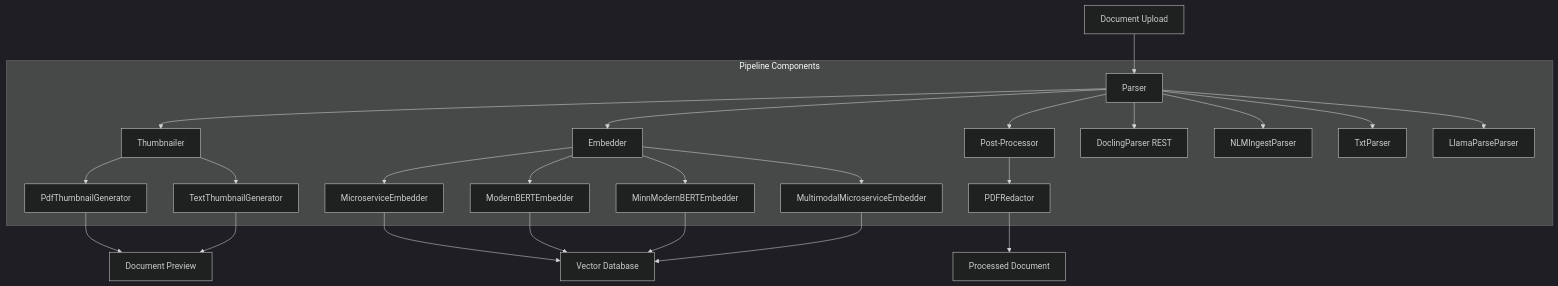
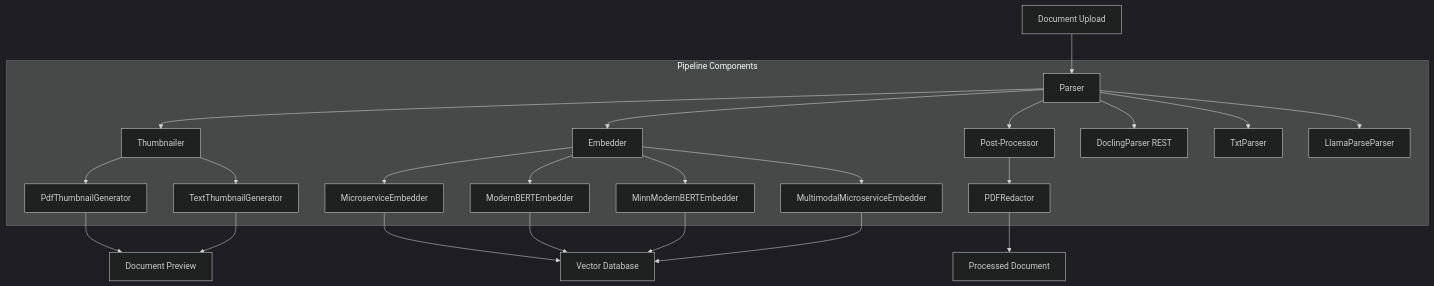
The first of 2 diagrams in docs/pipelines/pipeline_overview.md (baichuanping/OpenContracts), drawn with Mermaid (dark theme) before and after one commit. The commit also changed other lines of this file and 18 other files, not shown here.

First line of the commit message:
Remove NLM Ingest parser in favor of Docling/LlamaParse

````diff
--- a/docs/pipelines/pipeline_overview.md
+++ b/docs/pipelines/pipeline_overview.md
@@ -15,32 +15,31 @@
 ```mermaid
 graph TD
     A[Document Upload] --> B[Parser]
     B --> C[Thumbnailer]
     B --> D[Embedder]
     B --> PP[Post-Processor]
 
     subgraph "Pipeline Components"
         B --> B1[DoclingParser REST]
-        B --> B2[NLMIngestParser]
-        B --> B3[TxtParser]
-        B --> B4[LlamaParseParser]
+        B --> B2[TxtParser]
+        B --> B3[LlamaParseParser]
 
         C --> C1[PdfThumbnailGenerator]
         C --> C2[TextThumbnailGenerator]
 
         D --> D1[MicroserviceEmbedder]
         D --> D2[ModernBERTEmbedder]
         D --> D3[MinnModernBERTEmbedder]
         D --> D4[MultimodalMicroserviceEmbedder]
 
         PP --> PP1[PDFRedactor]
     end
 
     C1 --> E[Document Preview]
     C2 --> E
     D1 --> F[Vector Database]
     D2 --> F
     D3 --> F
     D4 --> F
     PP1 --> G[Processed Document]
 ```
````
